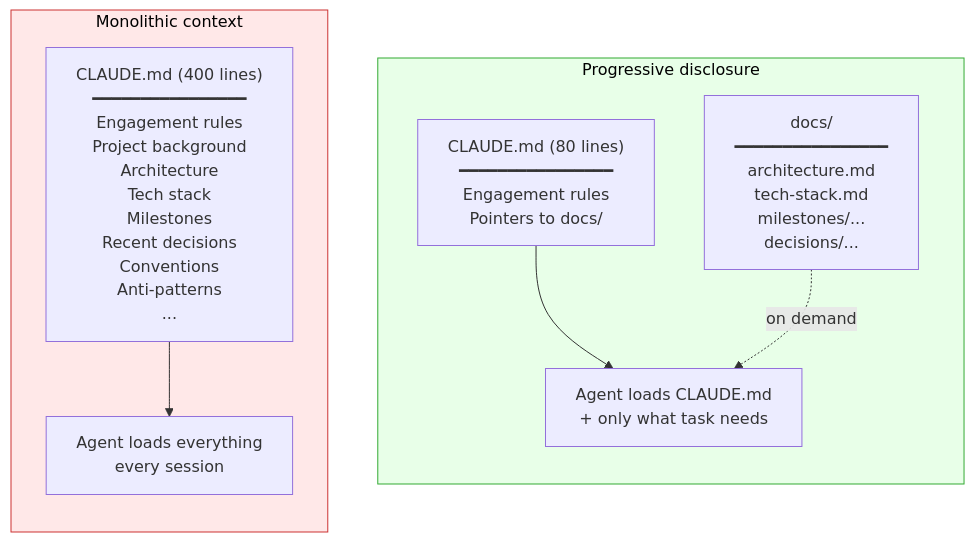
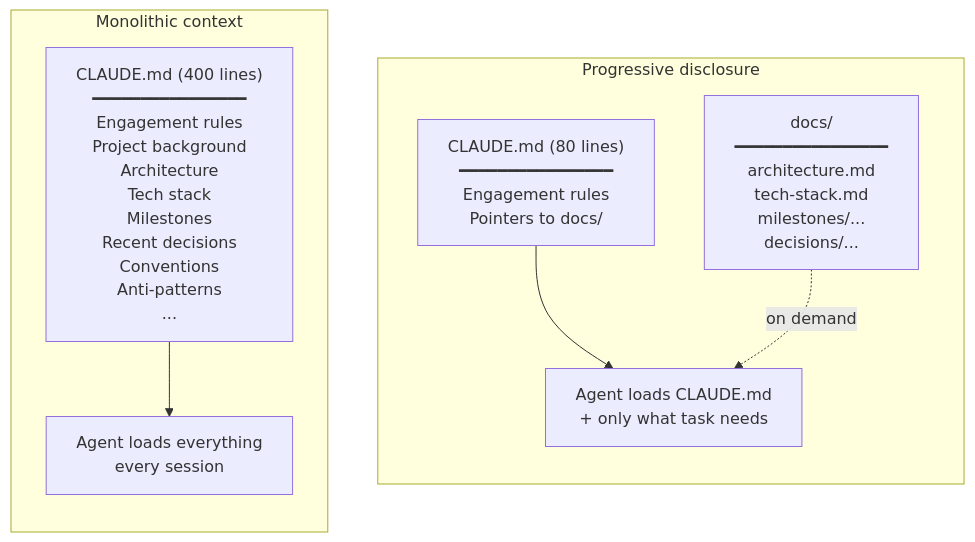
One commit to jsandino/ai-sandino changed the diagram in src/content/harness-guide/04-part-2-context-architecture.md. Above: the diagram before and after it, drawn with Mermaid. The commit also changed 6 other files, not shown here.

First line of the commit message:
refactor: colour the harness guide's diagrams by name

````diff
--- a/src/content/harness-guide/04-part-2-context-architecture.md
+++ b/src/content/harness-guide/04-part-2-context-architecture.md
@@ -39,24 +39,24 @@
 ```mermaid
 flowchart LR
     subgraph BAD["Monolithic context"]
         direction TB
         BAD_FILE["CLAUDE.md (400 lines)<br/>━━━━━━━━━━━━━━━━<br/>Engagement rules<br/>Project background<br/>Architecture<br/>Tech stack<br/>Milestones<br/>Recent decisions<br/>Conventions<br/>Anti-patterns<br/>..."]
         BAD_AGENT[Agent loads everything<br/>every session]
         BAD_FILE --> BAD_AGENT
     end
 
     subgraph GOOD["Progressive disclosure"]
         direction TB
         GOOD_FILE["CLAUDE.md (80 lines)<br/>━━━━━━━━━━━━━━━━<br/>Engagement rules<br/>Pointers to docs/"]
         DOCS["docs/<br/>━━━━━━━━━━━━━━━━<br/>architecture.md<br/>tech-stack.md<br/>milestones/...<br/>decisions/..."]
         GOOD_AGENT[Agent loads CLAUDE.md<br/>+ only what task needs]
         GOOD_FILE --> GOOD_AGENT
         DOCS -.->|on demand| GOOD_AGENT
     end
 
     %% keep the two panels side by side rather than stacked
     BAD ~~~ GOOD
 
-    style BAD fill:#ffe8e8,stroke:#c33,color:#000000
-    style GOOD fill:#e8ffe8,stroke:#3a3,color:#000000
+    class BAD coral
+    class GOOD emerald
 ```
````
